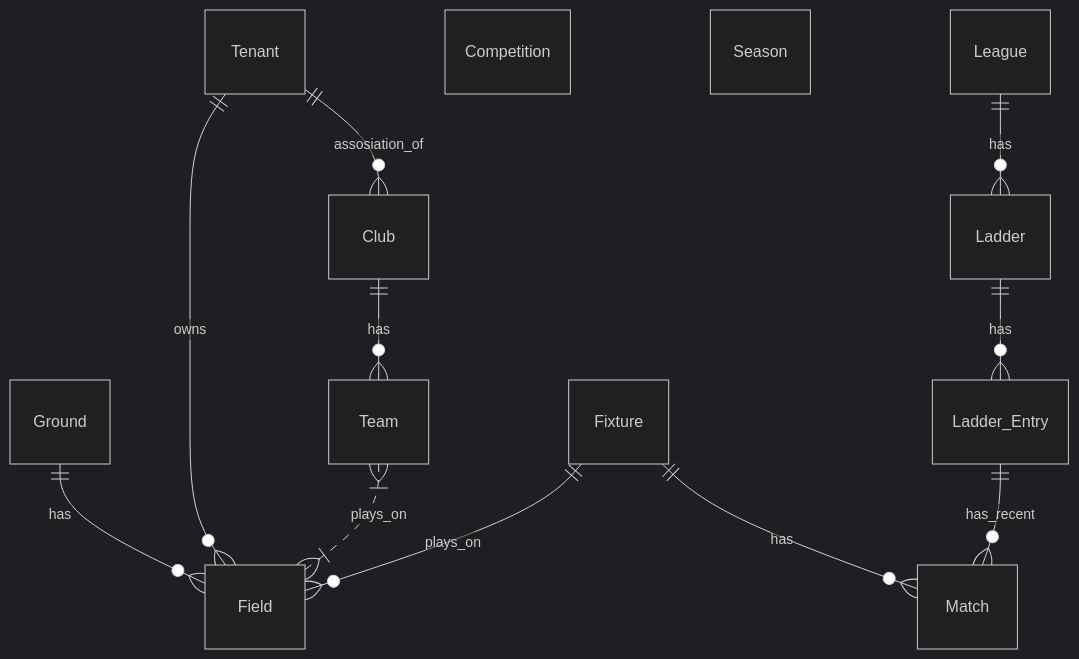
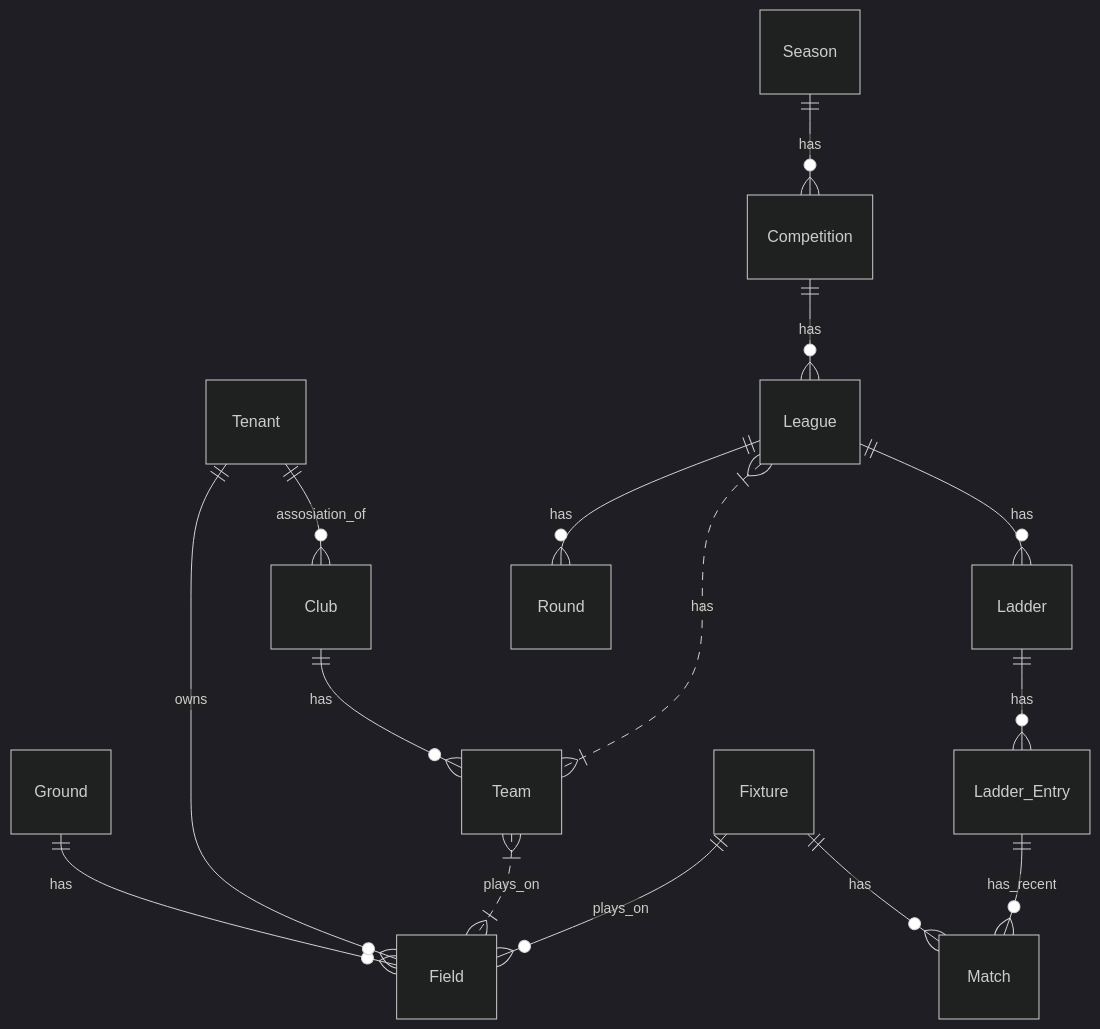
One commit to Data-Monkey/apidribl changed the diagram in README.md. Above: the diagram before and after it, drawn with Mermaid (dark theme). The commit also changed 3 other files, not shown here.

````diff
--- a/README.md
+++ b/README.md
@@ -11,16 +11,17 @@
 ```mermaid
 erDiagram
     Club ||--o{ Team : has
     Ground ||--o{ Field : has
     Tenant ||--o{ Field : owns
     Tenant ||--o{ Club  : assosiation_of
     Team }|..|{ Field : plays_on
-    Competition
-    Season
+    Competition ||--o{ League : has
+    League }|..|{ Team : has
     League ||--o{ Ladder : has
     Fixture ||--o{ Match : has
     Fixture ||--o{ Field : plays_on
     Ladder ||--o{ Ladder_Entry : has
     Ladder_Entry ||--o{ Match : has_recent
-    
+    Season  ||--o{ Competition   : has
+    League ||--o{ Round   : has
 ```
````
